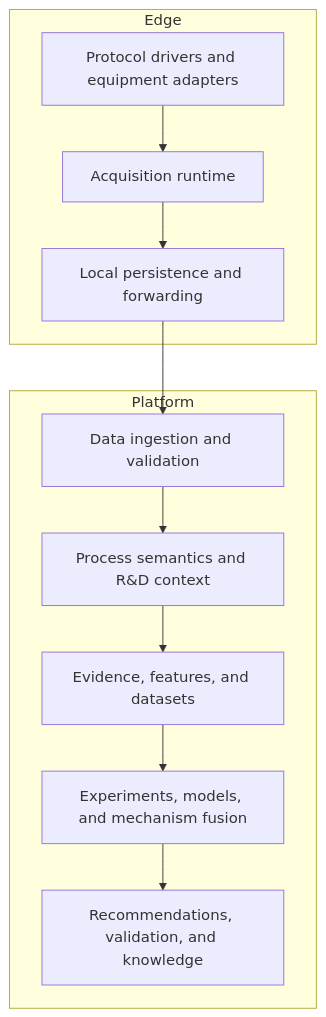
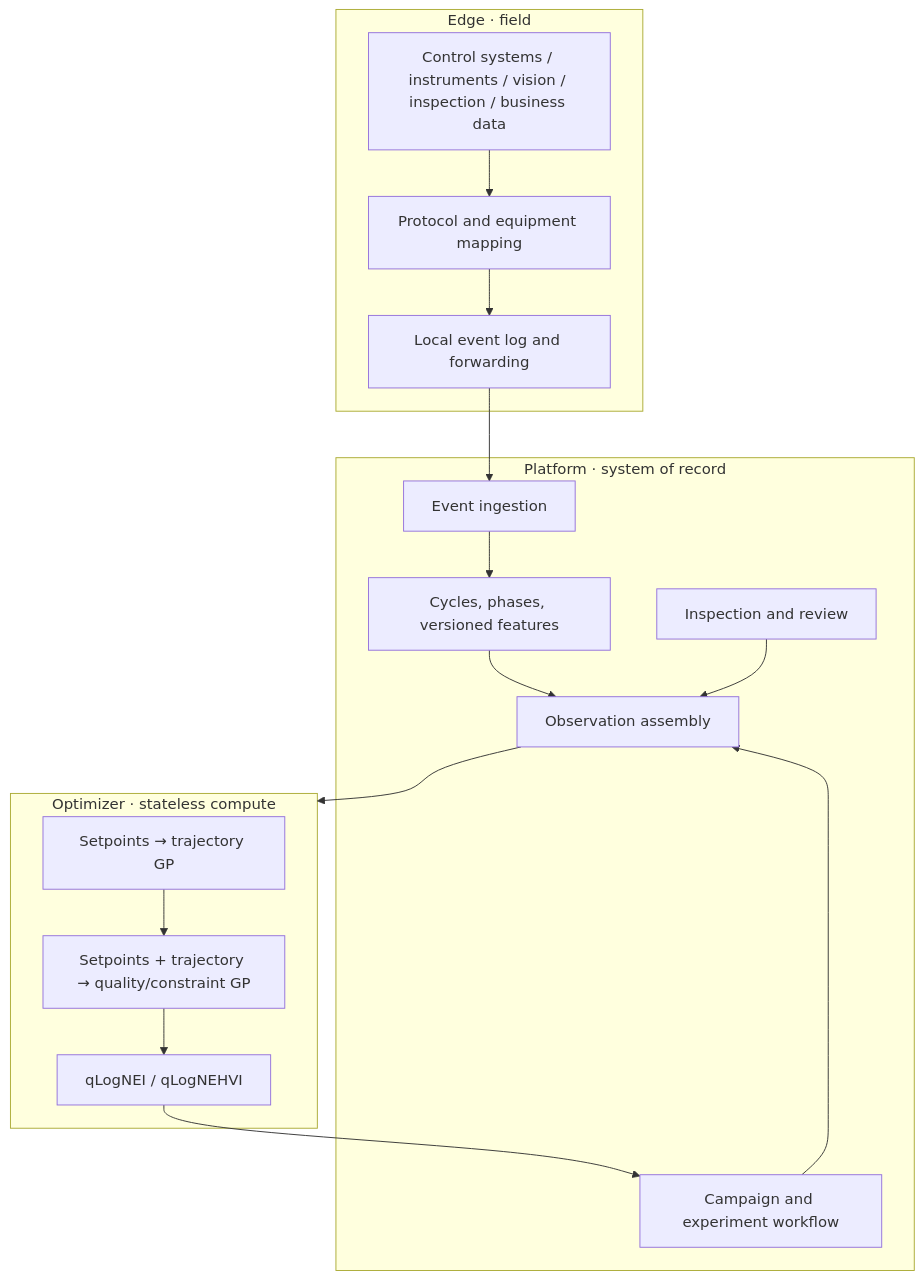
Before and after one commit to liuweichaox/Ingot: the diagram in docs/design.en.md, drawn with Mermaid. The commit also changed other lines of this file and 108 other files, not shown here.

Commit message:
refactor: consolidate process research workflow

````diff
--- a/docs/design.en.md
+++ b/docs/design.en.md
@@ -133,20 +29,31 @@
 ```mermaid
 flowchart TB
-    subgraph Edge["Edge"]
-        Drivers["Protocol drivers and equipment adapters"]
-        Runtime["Acquisition runtime"]
-        Buffer["Local persistence and forwarding"]
-        Drivers --> Runtime --> Buffer
+    subgraph Edge["Edge · field"]
+        Sources["Control systems / instruments / vision / inspection / business data"]
+        Driver["Protocol and equipment mapping"]
+        Buffer["Local event log and forwarding"]
+        Sources --> Driver --> Buffer
     end
 
-    subgraph Platform["Platform"]
-        Ingest["Data ingestion and validation"]
-        Context["Process semantics and R&D context"]
-        Evidence["Evidence, features, and datasets"]
-        Research["Experiments, models, and mechanism fusion"]
-        Decision["Recommendations, validation, and knowledge"]
-        Ingest --> Context --> Evidence --> Research --> Decision
+    subgraph Platform["Platform · system of record"]
+        Ingest["Event ingestion"]
+        Cycle["Cycles, phases, versioned features"]
+        Inspection["Inspection and review"]
+        Research["Campaign and experiment workflow"]
+        Observation["Observation assembly"]
+        Ingest --> Cycle --> Observation
+        Inspection --> Observation
+        Research --> Observation
+    end
+
+    subgraph Optimizer["Optimizer · stateless compute"]
+        Trajectory["Setpoints → trajectory GP"]
+        Quality["Setpoints + trajectory → quality/constraint GP"]
+        Acquisition["qLogNEI / qLogNEHVI"]
+        Trajectory --> Quality --> Acquisition
     end
 
     Buffer --> Ingest
+    Observation --> Optimizer
+    Acquisition --> Research
 ```
````
